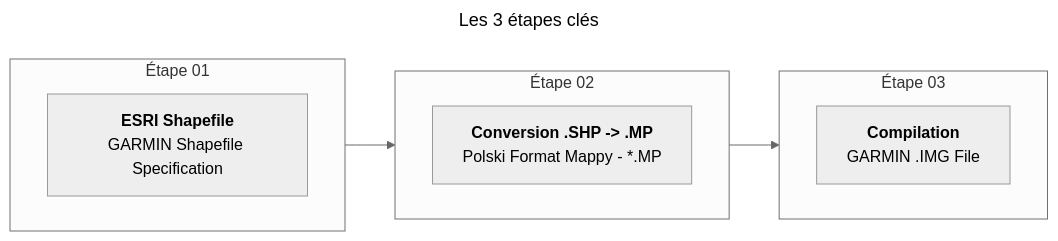
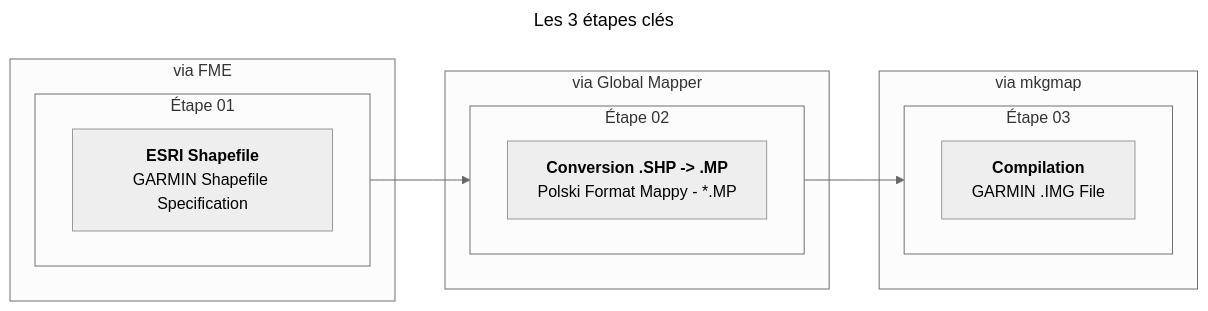
Before and after one commit to allfab/garmin-ign-bdtopo-map: the diagram in docs/04-tutorials/preamble.md, drawn with Mermaid (neutral theme). The commit also changed 9 other files, not shown here.

````diff
--- a/docs/04-tutorials/preamble.md
+++ b/docs/04-tutorials/preamble.md
@@ -25,23 +25,29 @@
 ```mermaid
 ---
 title : Les 3 étapes clés
 ---
 flowchart LR
-    subgraph Étape 01
-        direction LR
-        garmin["<b>ESRI Shapefile</b><br />GARMIN Shapefile Specification"]
+    subgraph via FME
+        subgraph Étape 01
+            direction LR
+            garmin["<b>ESRI Shapefile</b><br />GARMIN Shapefile Specification"]
+        end
     end
-    subgraph Étape 02
-        direction LR
-        mp_file["<b>Conversion .SHP -> .MP</b><br />Polski Format Mappy - *.MP"]
+    subgraph via Global Mapper
+        subgraph Étape 02
+            direction LR
+            mp_file["<b>Conversion .SHP -> .MP</b><br />Polski Format Mappy - *.MP"]
+        end
     end
-    subgraph Étape 03
-        direction LR
-        img_file["<b>Compilation</b><br />GARMIN .IMG File"]
+    subgraph via mkgmap
+        subgraph Étape 03
+            direction LR
+            img_file["<b>Compilation</b><br />GARMIN .IMG File"]
+        end
     end
     garmin --> mp_file --> img_file
 
     click garmin href "/04-tutorials/garmin-shp-specs" _blank
     click mp_file href "/04-tutorials/polski-format-mappy-files" _blank
     click img_file href "/04-tutorials/garmin-img-files" _blank
 ```
````
